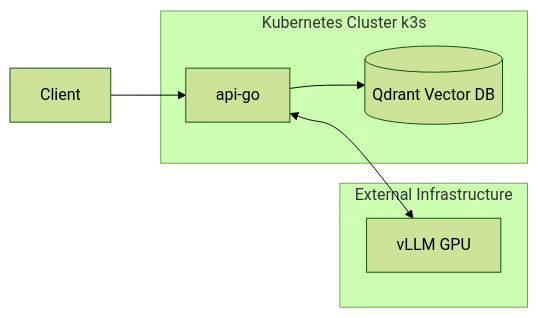
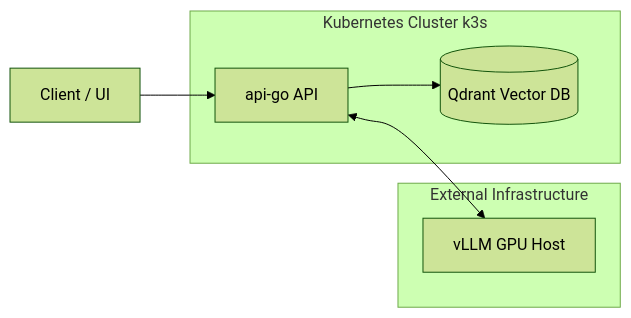
The diagram in docs/architecture.md (Kirill140992/ai-inference-platform), drawn with Mermaid (forest theme) before and after one commit.

Commit message:
fix diagramm arch

````diff
--- a/docs/architecture.md
+++ b/docs/architecture.md
@@ -9,15 +9,15 @@
 ```mermaid
 flowchart LR
-    Client[  Client   ] --> API[  api-go  ]
+    Client[  Client / UI     ] --> API[  api-go API   ]
     API --> Qdrant[(  Qdrant Vector DB  )]
-    API <--> vLLM[  vLLM GPU  ]
+    API <--> vLLM[  vLLM GPU Host  ]
 
     subgraph k8s [  Kubernetes Cluster k3s  ]
     API
     Qdrant
     end
 
-    subgraph ext [  External Infrastructure  ]
+    subgraph ext [  External Infrastructure     ]
     vLLM
     end
 ```
````
